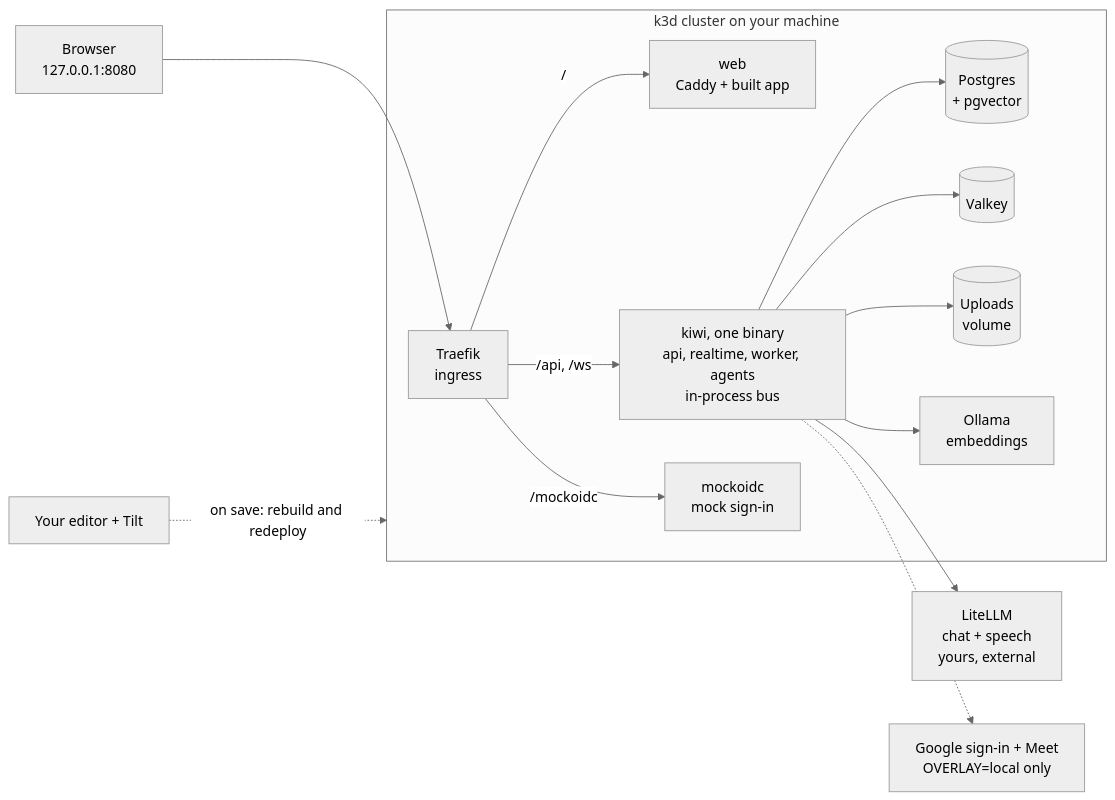
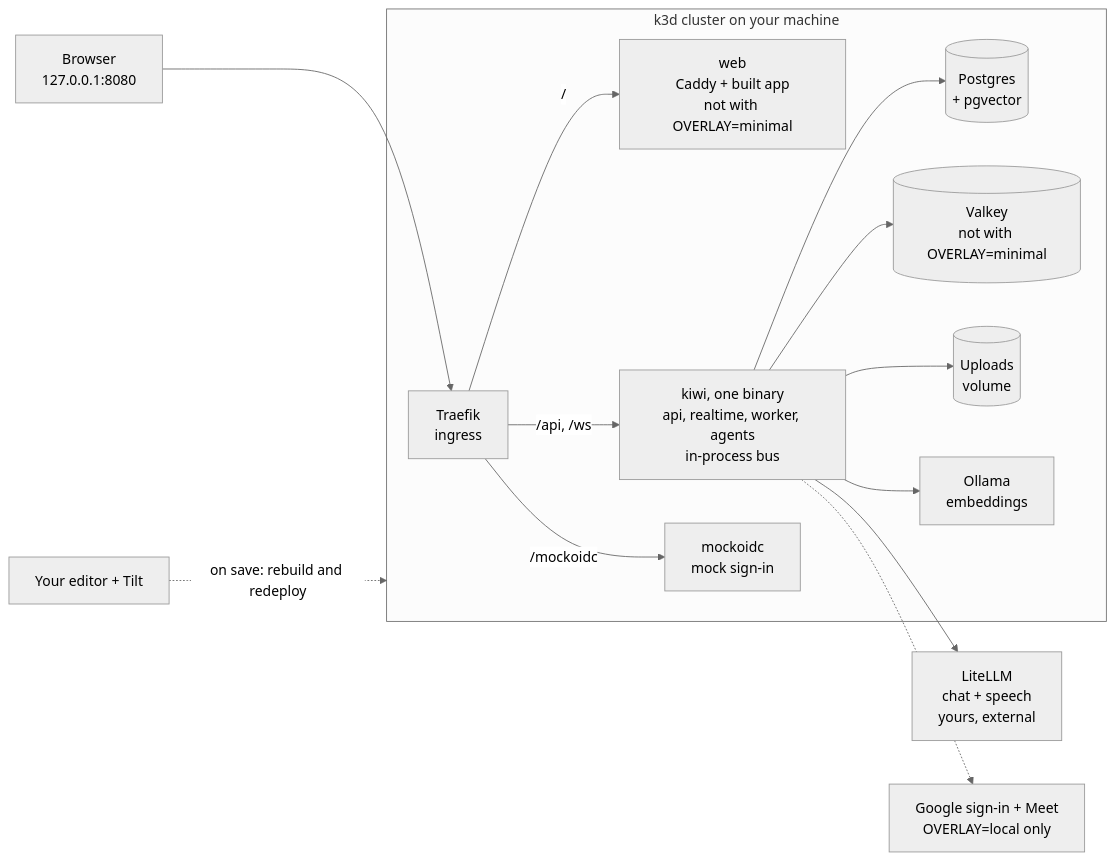
Before and after one commit to Gemii-Team/gcp-ai-builder-cup-2026: the first of 3 diagrams in README.md, drawn with Mermaid (neutral theme). The commit also changed other lines of this file and 1 other file, not shown here.

First line of the commit message:
docs(readme): describe the minimal profile locally and what was checked on the cluster

````diff
--- a/README.md
+++ b/README.md
@@ -52,24 +52,24 @@
 ```mermaid
 flowchart LR
     you["Browser<br/>127.0.0.1:8080"]
     tilt["Your editor + Tilt"]
     subgraph k3d["k3d cluster on your machine"]
         traefik["Traefik<br/>ingress"]
-        web["web<br/>Caddy + built app"]
+        web["web<br/>Caddy + built app<br/>not with OVERLAY=minimal"]
         kiwi["kiwi, one binary<br/>api, realtime, worker, agents<br/>in-process bus"]
         mock["mockoidc<br/>mock sign-in"]
         pg[("Postgres<br/>+ pgvector")]
-        vk[("Valkey")]
+        vk[("Valkey<br/>not with OVERLAY=minimal")]
         vol[("Uploads<br/>volume")]
         ollama["Ollama<br/>embeddings"]
     end
     llm["LiteLLM<br/>chat + speech<br/>yours, external"]
     goog["Google sign-in + Meet<br/>OVERLAY=local only"]
     you --> traefik
     traefik -->|"/"| web
     traefik -->|"/api, /ws"| kiwi
     traefik -->|"/mockoidc"| mock
     kiwi --> pg & vk & vol & ollama & llm
     kiwi -.-> goog
     tilt -.->|"on save: rebuild and redeploy"| k3d
 ```
````
